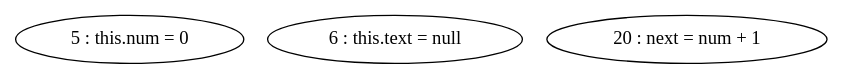
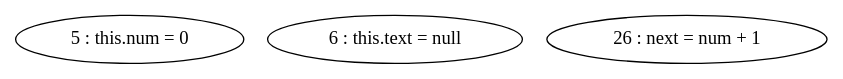
One commit to thomassimko/thesis-code-duplication changed the diagram in pdg/source/testObject-testingMethodParams.gv. Above: the diagram before and after it, drawn with Graphviz. The commit also changed 61 other files, not shown here.

```diff
--- a/pdg/source/testObject-testingMethodParams.gv
+++ b/pdg/source/testObject-testingMethodParams.gv
@@ -1,5 +1,5 @@
 digraph G {
 "5 : this.num = 0"
 "6 : this.text = null"
-"20 : next = num + 1"
+"26 : next = num + 1"
 }
```
